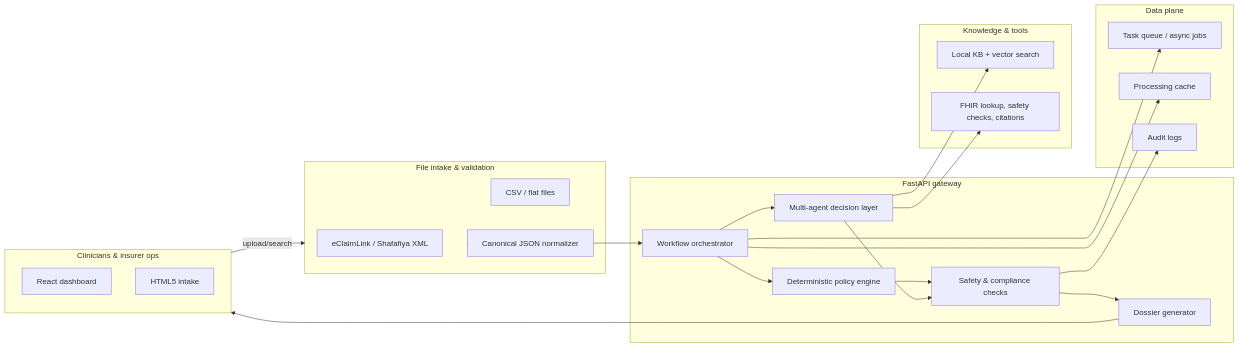
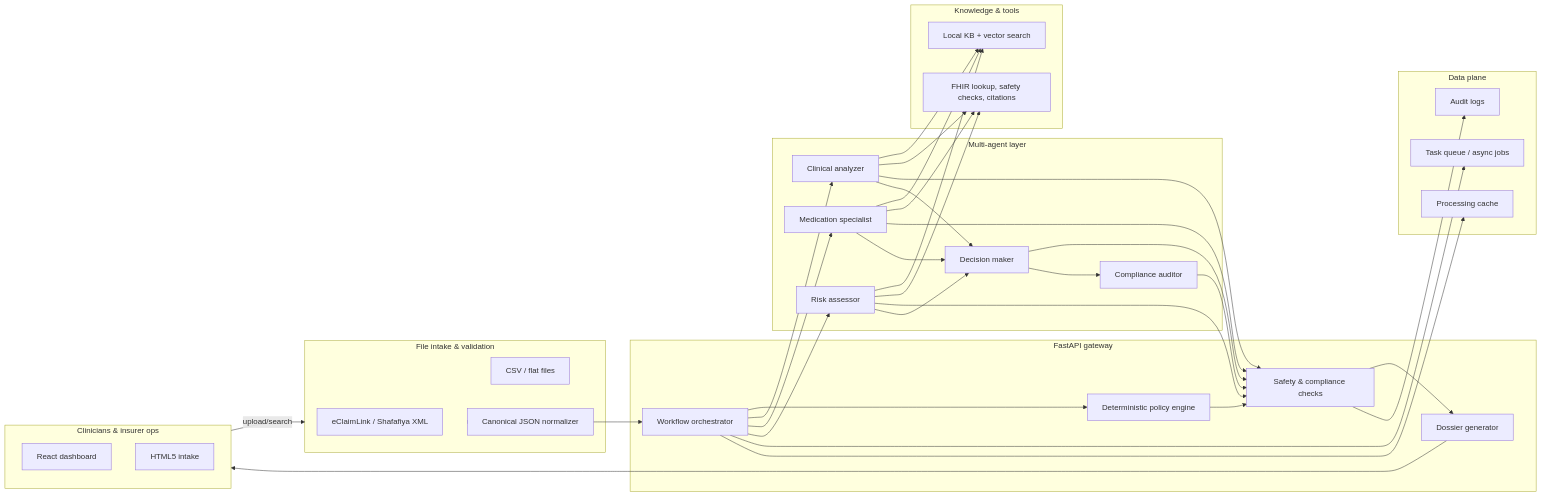
The diagram in README.md (kargarisaac/preauth-healthcare-ai-triage), drawn with Mermaid before and after one commit.

Commit message:
docs: show all agents in architecture diagram

````diff
--- a/README.md
+++ b/README.md
@@ -54,46 +54,67 @@
 ```mermaid
 flowchart LR
   subgraph Clients["Clinicians & insurer ops"]
     WebUI["React dashboard"]
     HTMLUI["HTML5 intake"]
   end
 
   subgraph Intake["File intake & validation"]
     XML["eClaimLink / Shafafiya XML"]
     CSV["CSV / flat files"]
     Canonical["Canonical JSON normalizer"]
   end
 
   subgraph API["FastAPI gateway"]
     Orchestrator["Workflow orchestrator"]
     Policy["Deterministic policy engine"]
-    Agents["Multi-agent decision layer"]
     Safety["Safety & compliance checks"]
     Dossier["Dossier generator"]
+  end
+
+  subgraph Agents["Multi-agent layer"]
+    Clin["Clinical analyzer"]
+    Meds["Medication specialist"]
+    Risk["Risk assessor"]
+    Decide["Decision maker"]
+    Comp["Compliance auditor"]
   end
 
   subgraph Intelligence["Knowledge & tools"]
     KB["Local KB + vector search"]
     Tools["FHIR lookup, safety checks, citations"]
   end
 
   subgraph Data["Data plane"]
     Queue["Task queue / async jobs"]
     Cache["Processing cache"]
     Audit["Audit logs"]
   end
 
   Clients -->|upload/search| Intake
   Intake --> Canonical --> Orchestrator
   Orchestrator --> Policy
-  Orchestrator --> Agents
-  Agents --> KB
-  Agents --> Tools
+  Orchestrator --> Clin
+  Orchestrator --> Meds
+  Orchestrator --> Risk
+  Clin --> KB
+  Meds --> KB
+  Risk --> KB
+  Clin --> Tools
+  Meds --> Tools
+  Risk --> Tools
   Policy --> Safety
-  Agents --> Safety
+  Clin --> Safety
+  Meds --> Safety
+  Risk --> Safety
+  Decide --> Safety
+  Comp --> Safety
+  Clin --> Decide
+  Meds --> Decide
+  Risk --> Decide
+  Decide --> Comp
   Safety --> Dossier
   Dossier --> Clients
   Orchestrator --> Queue
   Orchestrator --> Cache
   Safety --> Audit
 ```
````
